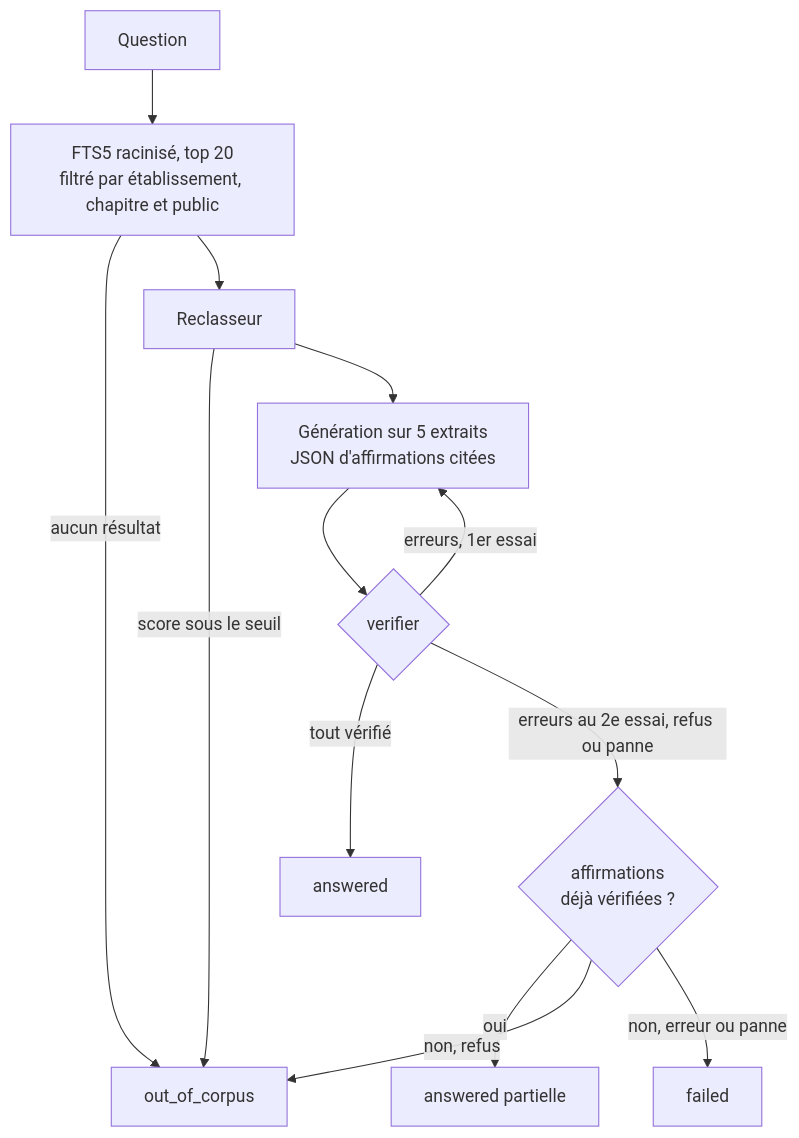
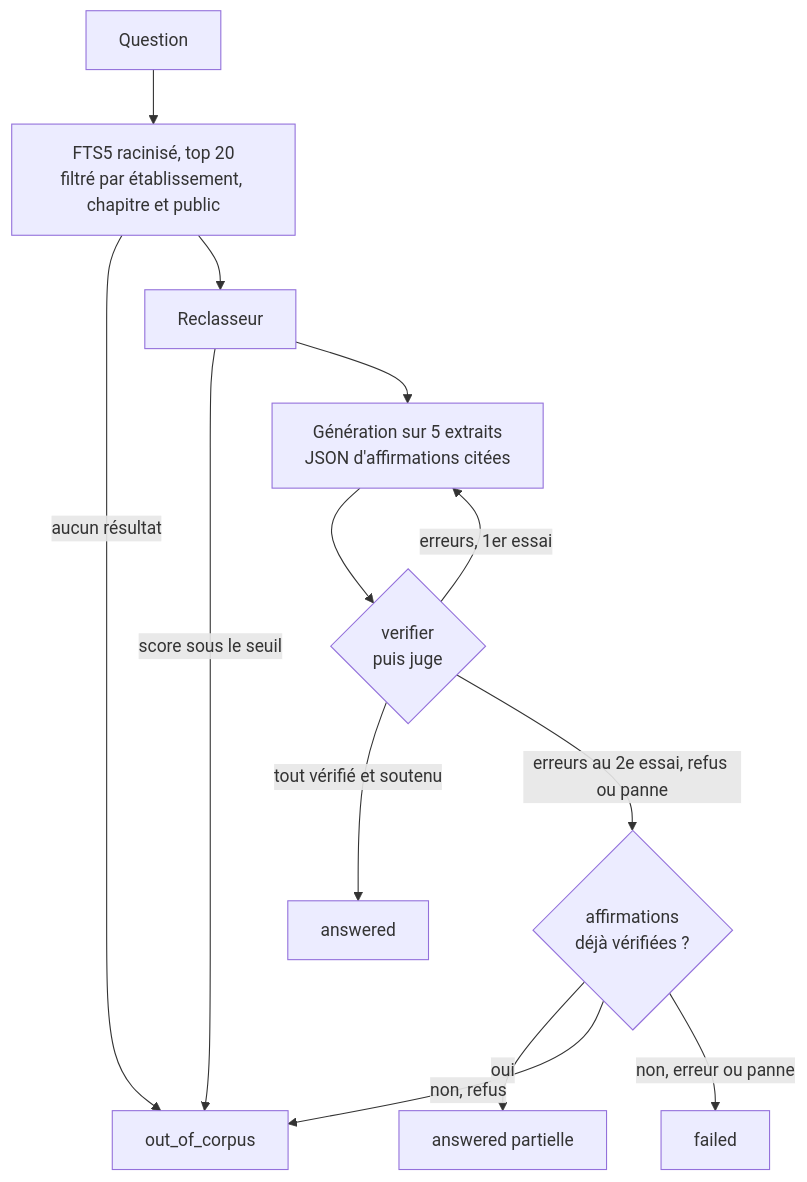
Before and after one commit to theopaolo/thot: the fourth of 4 diagrams in docs/architecture.md, drawn with Mermaid. The commit also changed other lines of this file and 26 other files, not shown here.

````diff
--- a/docs/architecture.md
+++ b/docs/architecture.md
@@ -79,15 +82,15 @@
 ```mermaid
 flowchart TD
   Q[Question] --> F[FTS5 racinisé, top 20<br/>filtré par établissement, chapitre et public]
   F -- aucun résultat --> HC[out_of_corpus]
   F --> RR[Reclasseur]
   RR -- score sous le seuil --> HC
   RR --> G[Génération sur 5 extraits<br/>JSON d'affirmations citées]
-  G --> V{verifier}
-  V -- tout vérifié --> OK[answered]
+  G --> V{verifier<br/>puis juge}
+  V -- tout vérifié et soutenu --> OK[answered]
   V -- erreurs, 1er essai --> G
   V -- erreurs au 2e essai, refus ou panne --> P{affirmations<br/>déjà vérifiées ?}
   P -- oui --> PART[answered partielle]
   P -- "non, refus" --> HC
   P -- "non, erreur ou panne" --> KO[failed]
 ```
````
